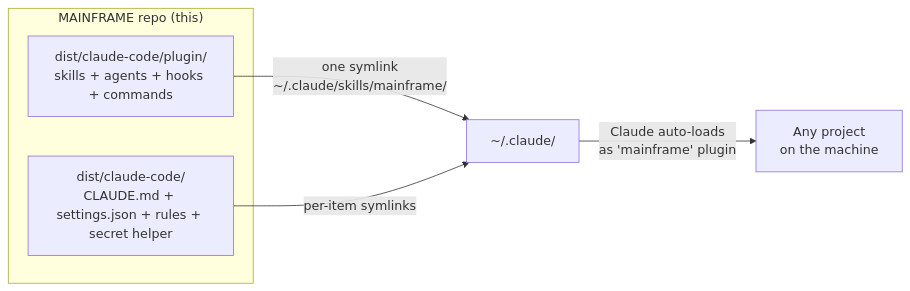
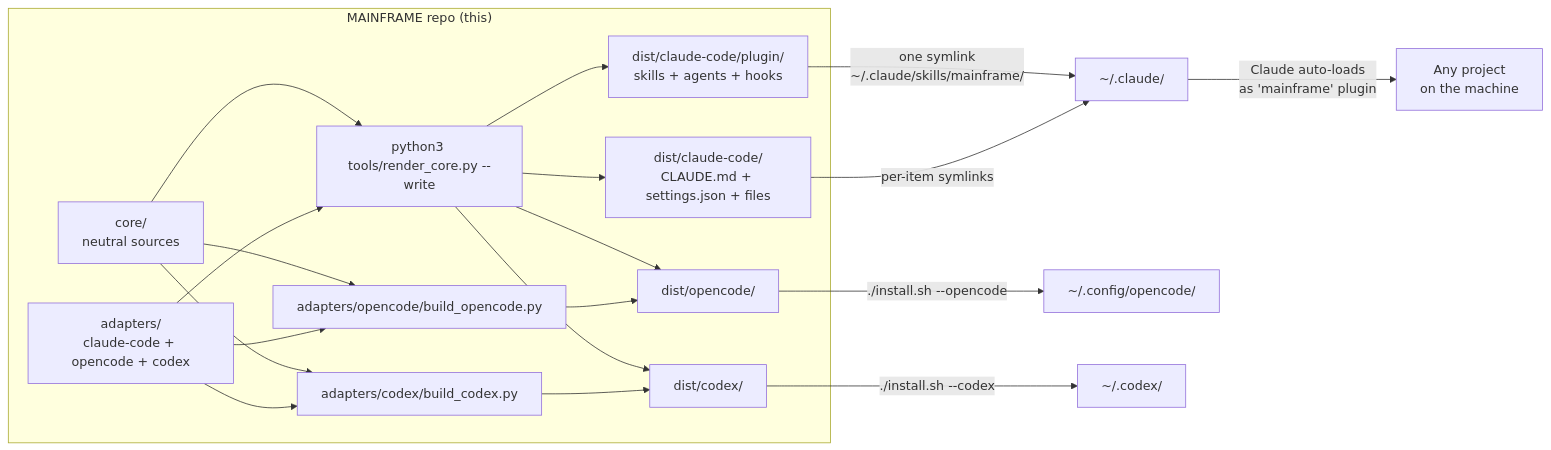
The first of 4 diagrams in README.md (CATWILLgh/MAINFRAME), drawn with Mermaid before and after one commit. The commit also changed other lines of this file and 13 other files, not shown here.

````diff
--- a/README.md
+++ b/README.md
@@ -176,11 +176,32 @@
 ```mermaid
 graph LR
     subgraph repo["MAINFRAME repo (this)"]
-      P[dist/claude-code/plugin/<br/>skills + agents + hooks + commands]
-      E[dist/claude-code/<br/>CLAUDE.md + settings.json + rules + secret helper]
+      C[core/<br/>neutral sources]
+      A[adapters/<br/>claude-code + opencode + codex]
+      R[python3 tools/render_core.py --write]
+      BO[adapters/opencode/build_opencode.py]
+      BC[adapters/codex/build_codex.py]
+      P[dist/claude-code/plugin/<br/>skills + agents + hooks]
+      E[dist/claude-code/<br/>CLAUDE.md + settings.json + files]
+      O[dist/opencode/]
+      X[dist/codex/]
     end
 
+    C --> R
+    A --> R
+    R --> P
+    R --> E
+    R --> O
+    R --> X
+    C --> BO
+    A --> BO
+    BO --> O
+    C --> BC
+    A --> BC
+    BC --> X
     P -->|one symlink<br/>~/.claude/skills/mainframe/| home[~/.claude/]
     E -->|per-item symlinks| home
     home -->|Claude auto-loads<br/>as 'mainframe' plugin| any[Any project<br/>on the machine]
+    O -->|./install.sh --opencode| opencode[~/.config/opencode/]
+    X -->|./install.sh --codex| codex[~/.codex/]
 ```
````
